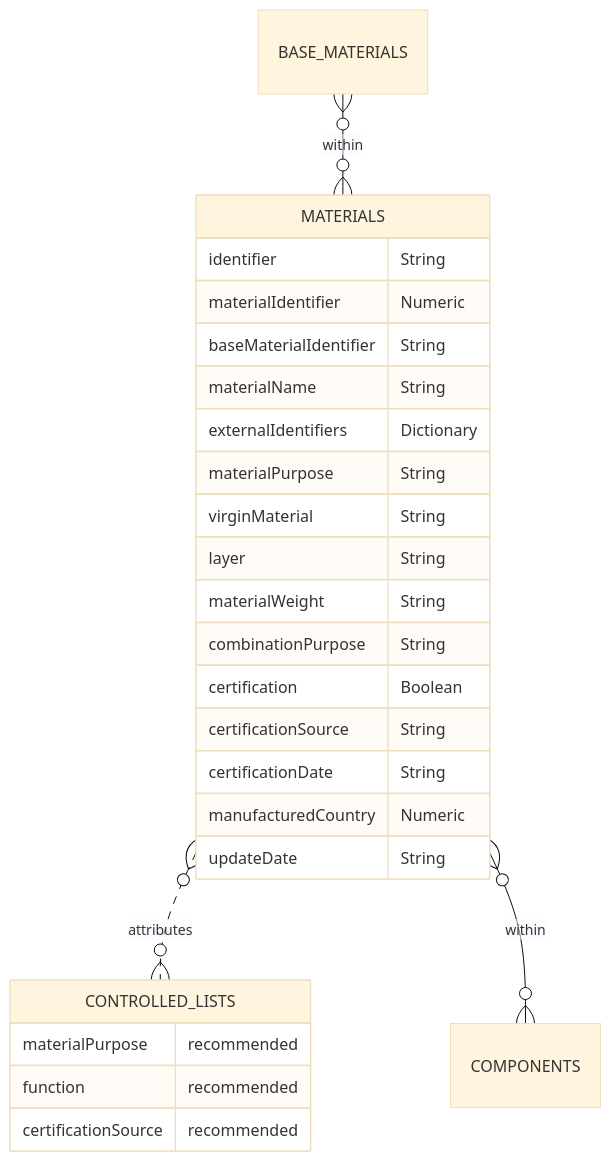
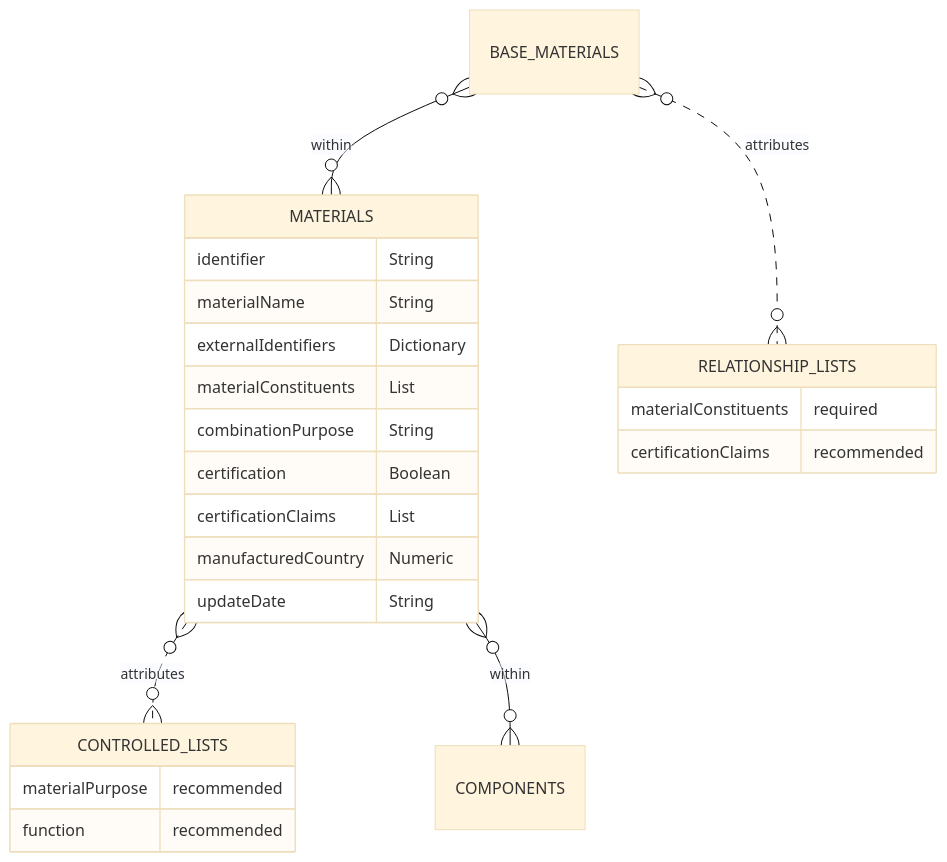
Before and after one commit to OpenDataManchester/Open3P: the diagram in docs/3_Data_Specification/3_2_Materials.md, drawn with Mermaid (base theme). The commit also changed other lines of this file and 1 other file, not shown here.

Commit message:
Normalising Materails

````diff
--- a/docs/3_Data_Specification/3_2_Materials.md
+++ b/docs/3_Data_Specification/3_2_Materials.md
@@ -31,28 +26,26 @@
 ``` mermaid
 erDiagram
 BASE_MATERIALS }o--o{ MATERIALS : within
   MATERIALS {
     identifier String
-    materialIdentifier Numeric
-    baseMaterialIdentifier String
     materialName String
     externalIdentifiers Dictionary
-    materialPurpose String
-    virginMaterial String
-    layer String
-    materialWeight String
+    materialConstituents List
     combinationPurpose String
     certification Boolean
-    certificationSource String
-    certificationDate String
+    certificationClaims List
     manufacturedCountry Numeric
     updateDate String
   }
   MATERIALS }o..o{ CONTROLLED_LISTS : attributes
+  BASE_MATERIALS }o..o{ RELATIONSHIP_LISTS : attributes
   MATERIALS }o--o{ COMPONENTS : within
         CONTROLLED_LISTS {
     materialPurpose recommended
     function recommended
-    certificationSource recommended
     }
+        RELATIONSHIP_LISTS {
+    materialConstituents required
+    certificationClaims recommended
+      }
 ```
````
